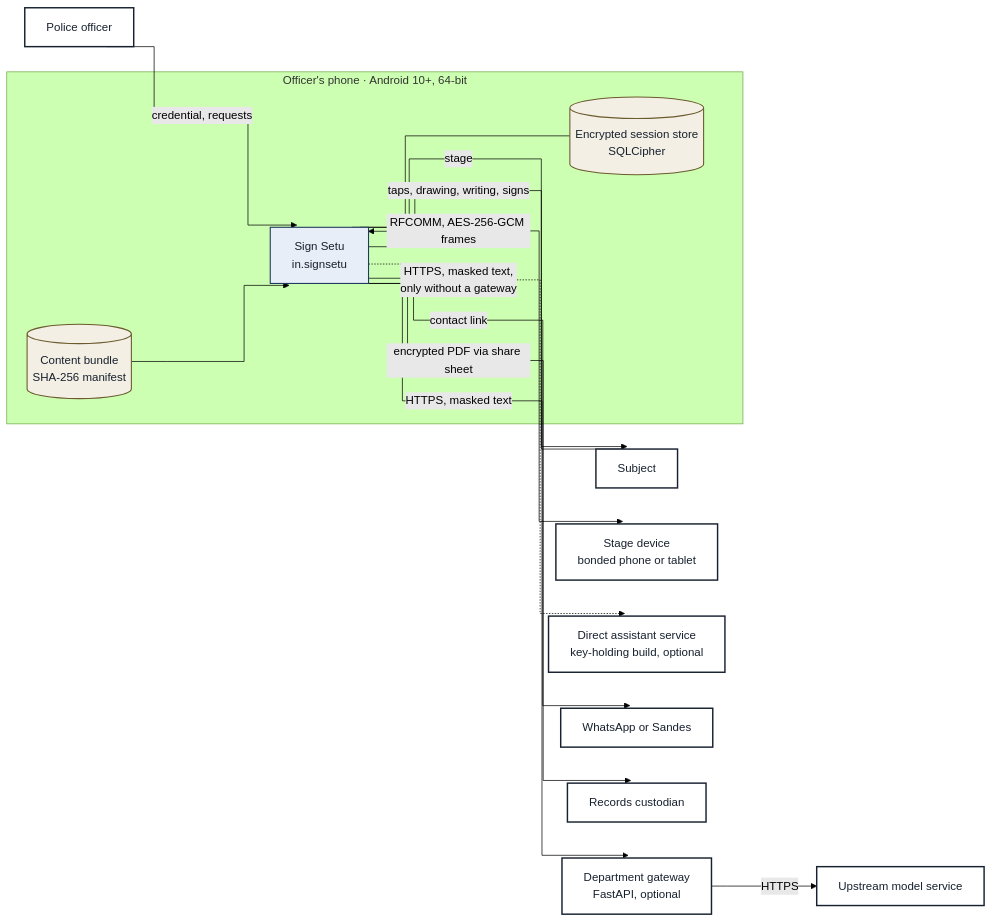
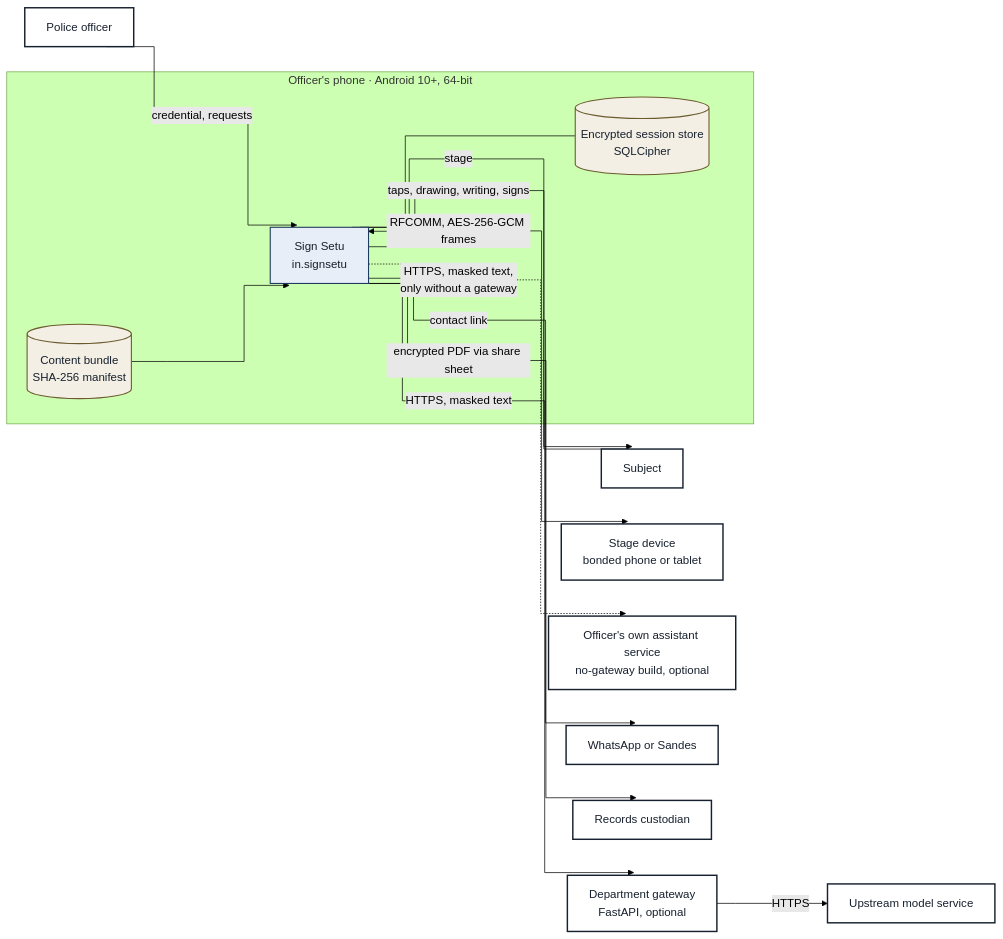
One commit to CiValidator/SScivalidator changed the first of 16 diagrams in docs/02-architecture.md. Above: the diagram before and after it, drawn with Mermaid (forest theme). The commit also changed other lines of this file and 83 other files, not shown here.

````diff
--- a/docs/02-architecture.md
+++ b/docs/02-architecture.md
@@ -12,31 +12,31 @@
 ```mermaid
 %%{init: {"flowchart": {"curve": "step"}}}%%
 flowchart LR
     OFF["Police officer"]:::ext
     SUB["Subject"]:::ext
     subgraph PHONE["Officer's phone · Android 10+, 64-bit"]
         APP["Sign Setu<br/>in.signsetu"]:::comp
         DB[("Encrypted session store<br/>SQLCipher")]:::data
         BUNDLE[("Content bundle<br/>SHA-256 manifest")]:::data
     end
     STAGE["Stage device<br/>bonded phone or tablet"]:::ext
     GW["Department gateway<br/>FastAPI, optional"]:::ext
-    DIRECT["Direct assistant service<br/>key-holding build, optional"]:::ext
+    DIRECT["Officer's own assistant service<br/>no-gateway build, optional"]:::ext
     UP["Upstream model service"]:::ext
     MSG["WhatsApp or Sandes"]:::ext
     CUST["Records custodian"]:::ext
     OFF -- "credential, requests" --> APP
     APP -- "stage" --> SUB
     SUB -- "taps, drawing, writing, signs" --> APP
     APP --- DB
     BUNDLE --> APP
     APP -- "RFCOMM, AES-256-GCM frames" --> STAGE
     APP -- "HTTPS, masked text" --> GW
     APP -. "HTTPS, masked text,<br/>only without a gateway" .-> DIRECT
     GW -- "HTTPS" --> UP
     APP -- "contact link" --> MSG
     APP -- "encrypted PDF via share sheet" --> CUST
     classDef ext fill:#ffffff,stroke:#16202e,stroke-width:2px,color:#16202e
     classDef comp fill:#e8eef7,stroke:#1f3a5f,stroke-width:1.5px,color:#16202e
     classDef data fill:#f3efe4,stroke:#6b5b2e,stroke-width:1.5px,color:#16202e
 ```
````
